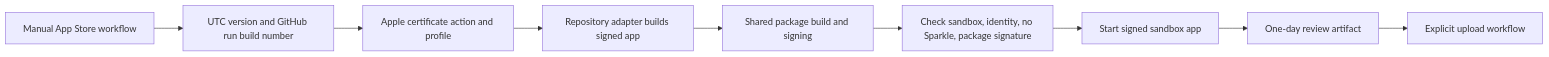
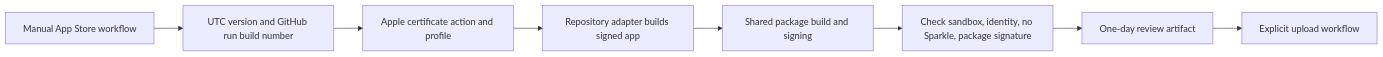
Before and after one commit to YunaBraska/YunaBraska: the diagram in MACOS_APP_STORE.md, drawn with Mermaid. The commit also changed other lines of this file and 1 other file, not shown here.

Commit message:
fix: remove headless app launch check (#116)

````diff
--- a/MACOS_APP_STORE.md
+++ b/MACOS_APP_STORE.md
@@ -5,11 +5,10 @@
 ```mermaid
 flowchart LR
   M[Manual App Store workflow] --> V[UTC version and GitHub run build number]
   V --> S[Apple certificate action and profile]
   S --> A[Repository adapter builds signed app]
   A --> P[Shared package build and signing]
   P --> C[Check sandbox, identity, no Sparkle, package signature]
-  C --> T[Start signed sandbox app]
-  T --> R[One-day review artifact]
+  C --> R[One-day review artifact]
   R --> U[Explicit upload workflow]
 ```
````
